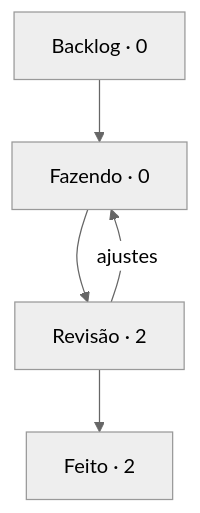
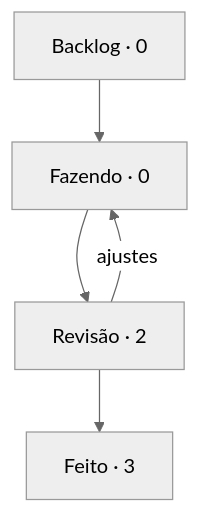
The diagram in boards/dungeon-bend/BOARD.md (StudioVibi/VibiKanban), drawn with Mermaid (neutral theme) before and after one commit. The commit also changed other lines of this file and 2 other files, not shown here.

````diff
--- a/boards/dungeon-bend/BOARD.md
+++ b/boards/dungeon-bend/BOARD.md
@@ -5,10 +5,10 @@
 ```mermaid
 flowchart TD
   backlog["Backlog · 0"] --> doing["Fazendo · 0"]
   doing --> review["Revisão · 2"]
-  review --> done["Feito · 2"]
+  review --> done["Feito · 3"]
   review -->|ajustes| doing
   doing:::blue
   review:::yellow
   done:::green
 ```
````
